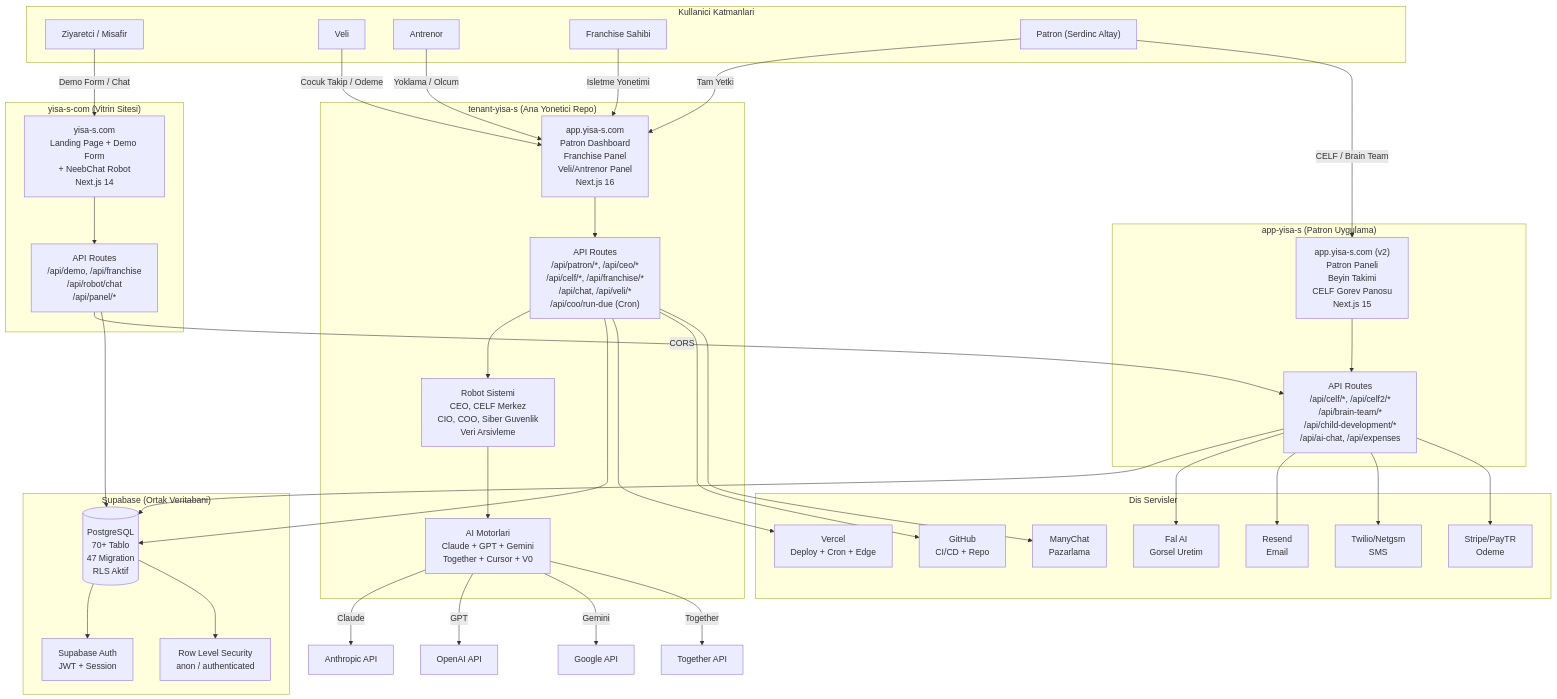
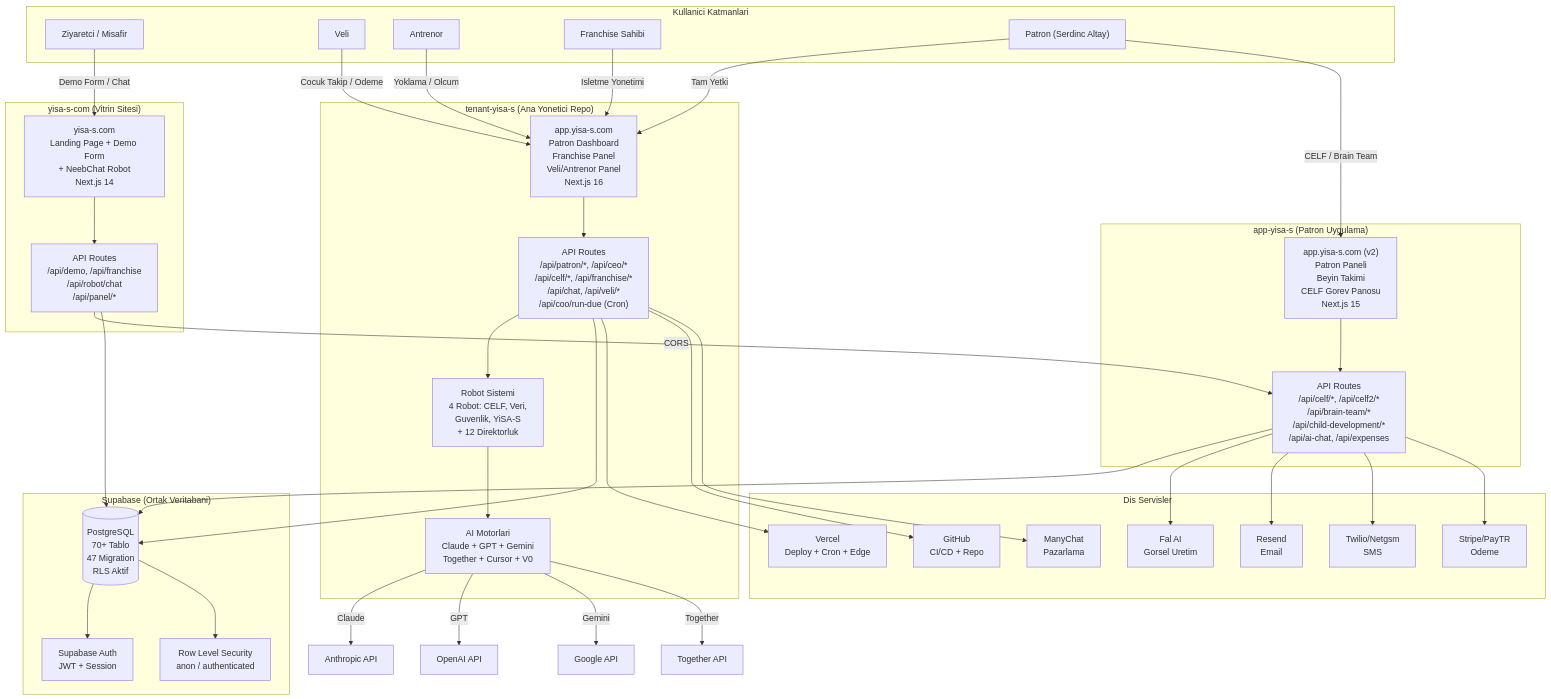
One commit to serdincaltay-ai/yisa-s-app changed the first of 5 diagrams in YISA-S-PROJE-SEMA-VE-DURUM.md. Above: the diagram before and after it, drawn with Mermaid. The commit also changed other lines of this file and 3 other files, not shown here.

First line of the commit message:
docs: 4 robot sistemi hizalamasi - CEO/CIO/COO referanslarini guncelle

````diff
--- a/YISA-S-PROJE-SEMA-VE-DURUM.md
+++ b/YISA-S-PROJE-SEMA-VE-DURUM.md
@@ -11,78 +11,78 @@
 ```mermaid
 graph TB
     subgraph "Kullanici Katmanlari"
         VISITOR["Ziyaretci / Misafir"]
         VELI["Veli"]
         ANTRENOR["Antrenor"]
         FRANCHISE["Franchise Sahibi"]
         PATRON["Patron (Serdinc Altay)"]
     end
 
     subgraph "yisa-s-com (Vitrin Sitesi)"
         VITRIN_FE["yisa-s.com<br/>Landing Page + Demo Form<br/>+ NeebChat Robot<br/>Next.js 14"]
         VITRIN_API["API Routes<br/>/api/demo, /api/franchise<br/>/api/robot/chat<br/>/api/panel/*"]
     end
 
     subgraph "tenant-yisa-s (Ana Yonetici Repo)"
         TENANT_FE["app.yisa-s.com<br/>Patron Dashboard<br/>Franchise Panel<br/>Veli/Antrenor Panel<br/>Next.js 16"]
         TENANT_API["API Routes<br/>/api/patron/*, /api/ceo/*<br/>/api/celf/*, /api/franchise/*<br/>/api/chat, /api/veli/*<br/>/api/coo/run-due (Cron)"]
-        ROBOT_SYS["Robot Sistemi<br/>CEO, CELF Merkez<br/>CIO, COO, Siber Guvenlik<br/>Veri Arsivleme"]
+        ROBOT_SYS["Robot Sistemi<br/>4 Robot: CELF, Veri,<br/>Guvenlik, YiSA-S<br/>+ 12 Direktorluk"]
         AI_ENGINE["AI Motorlari<br/>Claude + GPT + Gemini<br/>Together + Cursor + V0"]
     end
 
     subgraph "app-yisa-s (Patron Uygulama)"
         APP_FE["app.yisa-s.com (v2)<br/>Patron Paneli<br/>Beyin Takimi<br/>CELF Gorev Panosu<br/>Next.js 15"]
         APP_API["API Routes<br/>/api/celf/*, /api/celf2/*<br/>/api/brain-team/*<br/>/api/child-development/*<br/>/api/ai-chat, /api/expenses"]
     end
 
     subgraph "Supabase (Ortak Veritabani)"
         DB[("PostgreSQL<br/>70+ Tablo<br/>47 Migration<br/>RLS Aktif")]
         AUTH["Supabase Auth<br/>JWT + Session"]
         RLS["Row Level Security<br/>anon / authenticated"]
     end
 
     subgraph "Dis Servisler"
         VERCEL["Vercel<br/>Deploy + Cron + Edge"]
         GITHUB["GitHub<br/>CI/CD + Repo"]
         MANYCHAT["ManyChat<br/>Pazarlama"]
         FALAI["Fal AI<br/>Gorsel Uretim"]
         RESEND["Resend<br/>Email"]
         SMS["Twilio/Netgsm<br/>SMS"]
         STRIPE["Stripe/PayTR<br/>Odeme"]
     end
 
     VISITOR -->|"Demo Form / Chat"| VITRIN_FE
     VELI -->|"Cocuk Takip / Odeme"| TENANT_FE
     ANTRENOR -->|"Yoklama / Olcum"| TENANT_FE
     FRANCHISE -->|"Isletme Yonetimi"| TENANT_FE
     PATRON -->|"Tam Yetki"| TENANT_FE
     PATRON -->|"CELF / Brain Team"| APP_FE
 
     VITRIN_FE --> VITRIN_API
     TENANT_FE --> TENANT_API
     APP_FE --> APP_API
 
     VITRIN_API -->|"CORS"| APP_API
     TENANT_API --> ROBOT_SYS
     ROBOT_SYS --> AI_ENGINE
 
     VITRIN_API --> DB
     TENANT_API --> DB
     APP_API --> DB
 
     DB --> AUTH
     DB --> RLS
 
     TENANT_API --> VERCEL
     TENANT_API --> GITHUB
     TENANT_API --> MANYCHAT
     APP_API --> FALAI
     APP_API --> RESEND
     APP_API --> SMS
     APP_API --> STRIPE
 
     AI_ENGINE -->|"Claude"| AI_C["Anthropic API"]
     AI_ENGINE -->|"GPT"| AI_G["OpenAI API"]
     AI_ENGINE -->|"Gemini"| AI_GE["Google API"]
     AI_ENGINE -->|"Together"| AI_T["Together API"]
 ```
````
